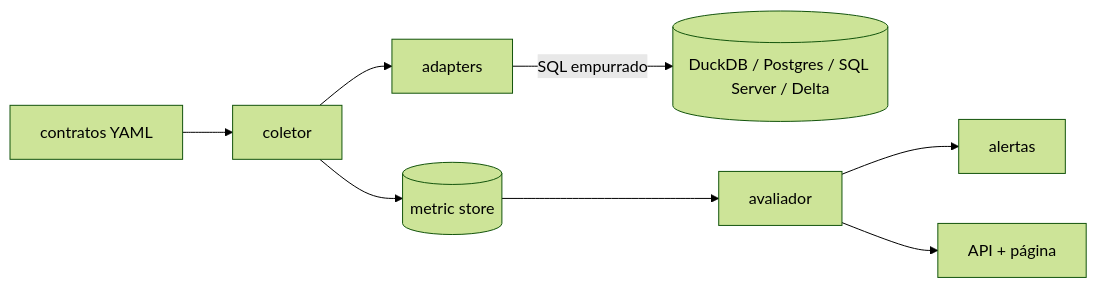
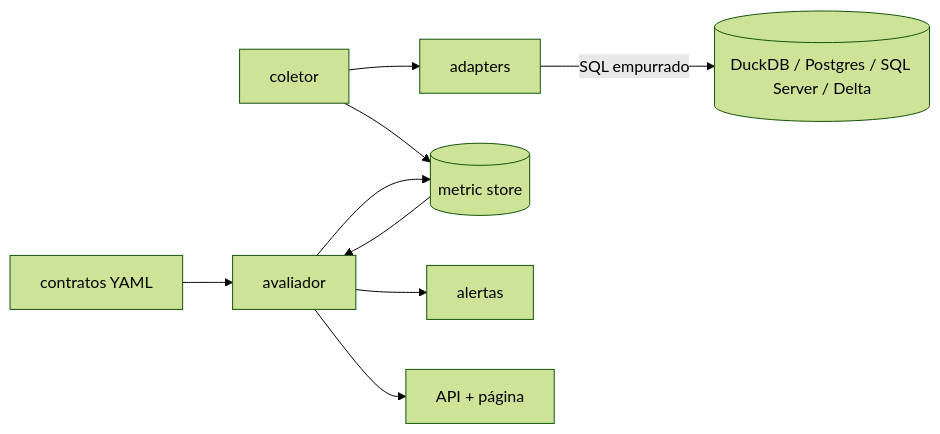
The diagram in README.md (Mikhael-Groschitz/data-observability-multi-backend), drawn with Mermaid (forest theme) before and after one commit. The commit also changed other lines of this file and 17 other files, not shown here.

````diff
--- a/README.md
+++ b/README.md
@@ -28,10 +28,11 @@
 ```mermaid
 flowchart LR
-    C[contratos YAML] --> COL[coletor]
-    COL --> AD[adapters]
+    C[contratos YAML] --> AV[avaliador]
+    COL[coletor] --> AD[adapters]
     AD -->|SQL empurrado| DB[("DuckDB / Postgres / SQL Server / Delta")]
     COL --> MS[(metric store)]
-    MS --> AV[avaliador]
+    MS --> AV
+    AV --> MS
     AV --> ALT[alertas]
     AV --> API[API + página]
 ```
````
